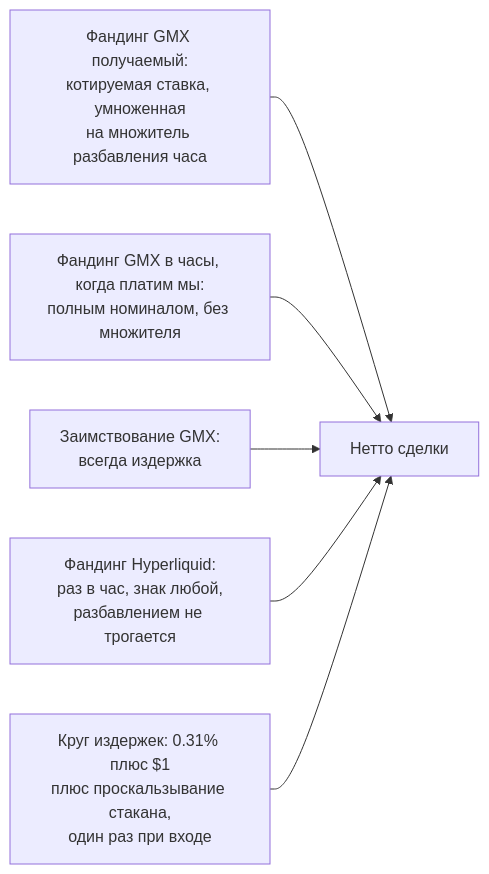
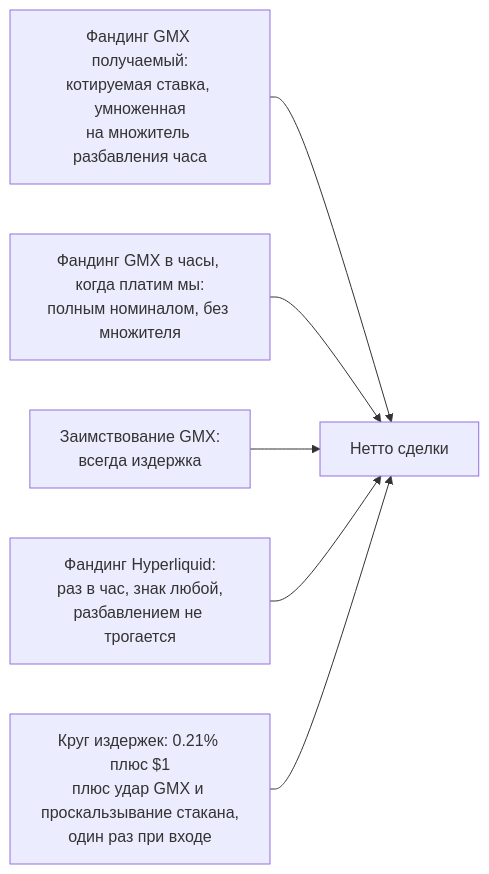
Before and after one commit to hamiltonalex/botLab: the seventh of 8 diagrams in botLab-desktop/docs/bot1-funding-arb-how-it-works.ru.md, drawn with Mermaid. The commit also changed other lines of this file and 3 other files, not shown here.

````diff
--- a/botLab-desktop/docs/bot1-funding-arb-how-it-works.ru.md
+++ b/botLab-desktop/docs/bot1-funding-arb-how-it-works.ru.md
@@ -793,8 +809,8 @@
 ```mermaid
 flowchart LR
     F1["Фандинг GMX получаемый:<br/>котируемая ставка, умноженная<br/>на множитель разбавления часа"] --> N["Нетто сделки"]
     F2["Фандинг GMX в часы, когда платим мы:<br/>полным номиналом, без множителя"] --> N
     B["Заимствование GMX:<br/>всегда издержка"] --> N
     H["Фандинг Hyperliquid:<br/>раз в час, знак любой,<br/>разбавлением не трогается"] --> N
-    C["Круг издержек: 0.31% плюс $1<br/>плюс проскальзывание стакана,<br/>один раз при входе"] --> N
+    C["Круг издержек: 0.21% плюс $1<br/>плюс удар GMX и проскальзывание стакана,<br/>один раз при входе"] --> N
 ```
````
